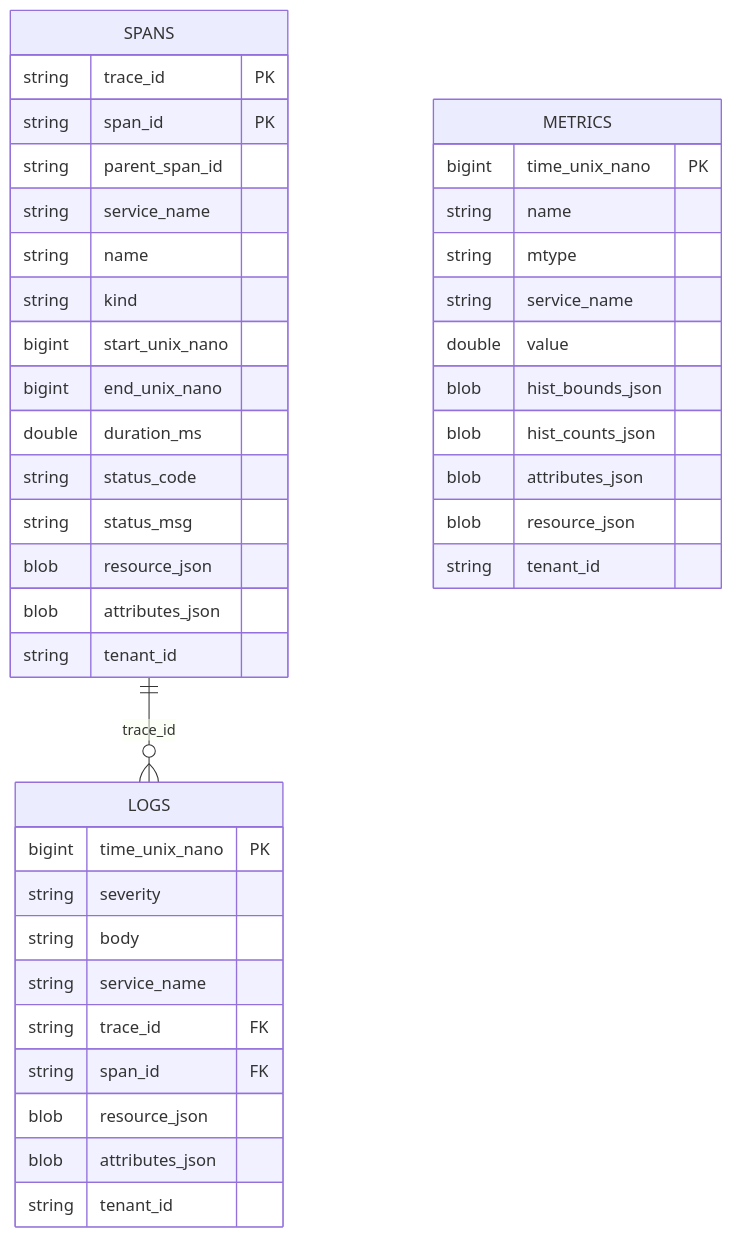
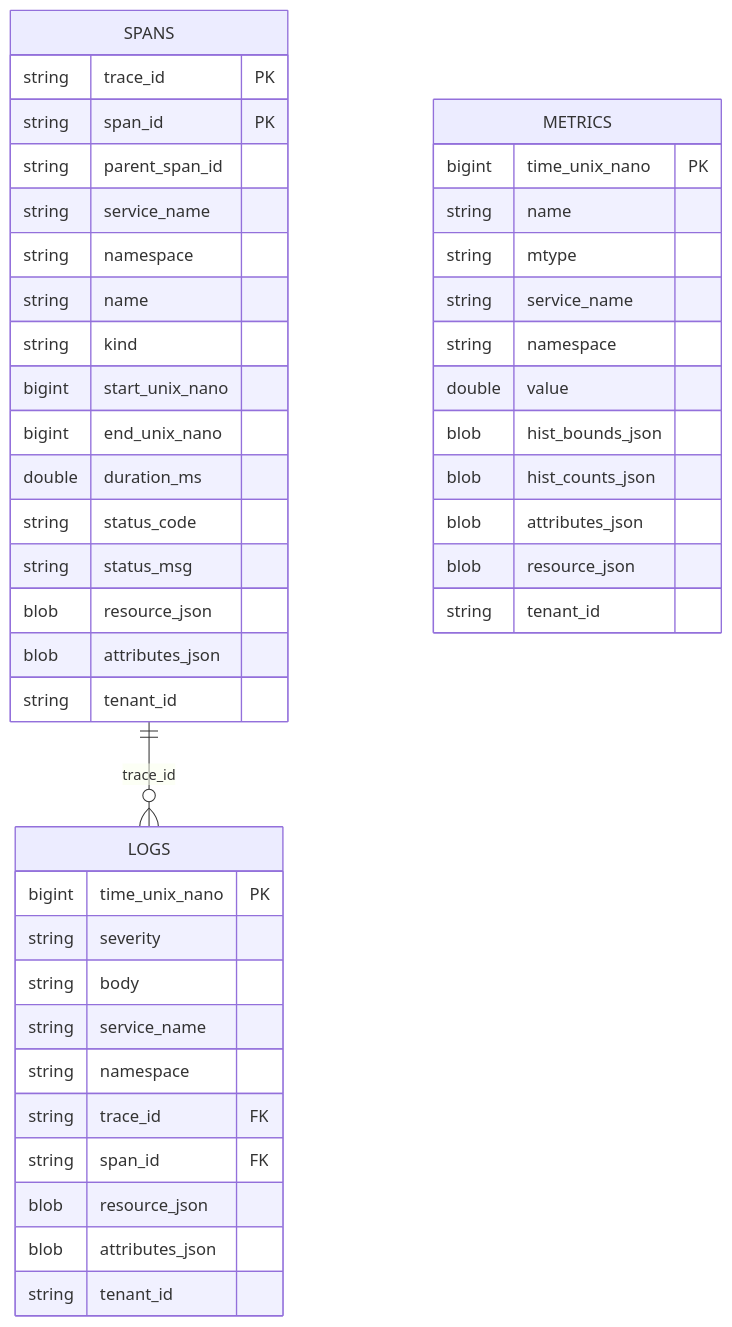
One commit to labstack/fanout changed the fifth of 6 diagrams in CLAUDE.md. Above: the diagram before and after it, drawn with Mermaid. The commit also changed other lines of this file and 37 other files, not shown here.

````diff
--- a/CLAUDE.md
+++ b/CLAUDE.md
@@ -228,46 +228,49 @@
 ```mermaid
 erDiagram
     SPANS {
         string trace_id PK
         string span_id PK
         string parent_span_id
         string service_name
+        string namespace
         string name
         string kind
         bigint start_unix_nano
         bigint end_unix_nano
         double duration_ms
         string status_code
         string status_msg
         blob resource_json
         blob attributes_json
         string tenant_id
     }
 
     LOGS {
         bigint time_unix_nano PK
         string severity
         string body
         string service_name
+        string namespace
         string trace_id FK
         string span_id FK
         blob resource_json
         blob attributes_json
         string tenant_id
     }
 
     METRICS {
         bigint time_unix_nano PK
         string name
         string mtype
         string service_name
+        string namespace
         double value
         blob hist_bounds_json
         blob hist_counts_json
         blob attributes_json
         blob resource_json
         string tenant_id
     }
 
     SPANS ||--o{ LOGS : "trace_id"
 ```
````
